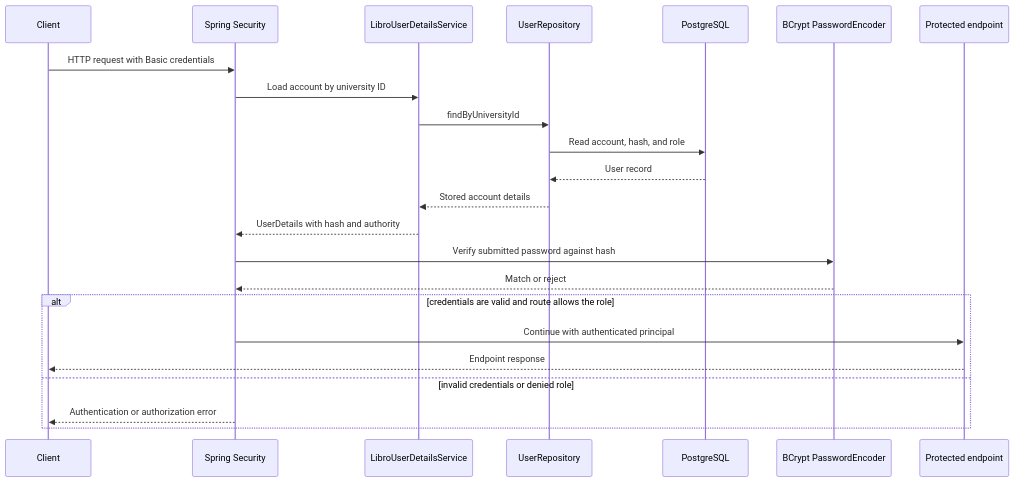
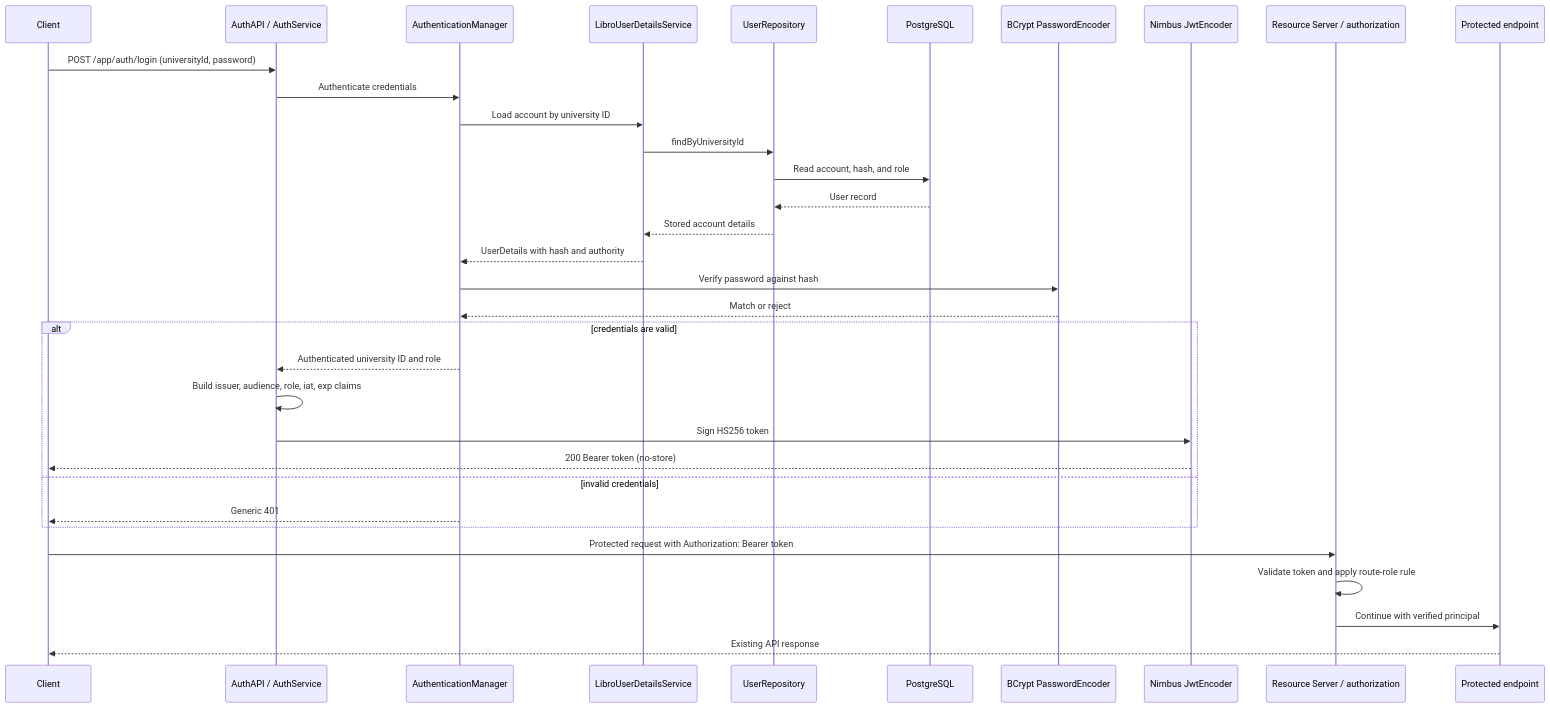
One commit to zqf20096327/dbhub_collect changed the second of 6 diagrams in data/readmes/kyledelfin2006__libro-library-system.md. Above: the diagram before and after it, drawn with Mermaid. The commit also changed other lines of this file and 466 other files, not shown here.

````diff
--- a/data/readmes/kyledelfin2006__libro-library-system.md
+++ b/data/readmes/kyledelfin2006__libro-library-system.md
@@ -140,26 +142,36 @@
 ```mermaid
 sequenceDiagram
     participant Client
-    participant Security as Spring Security
+    participant Auth as AuthAPI / AuthService
+    participant Manager as AuthenticationManager
     participant UserLookup as LibroUserDetailsService
     participant Users as UserRepository
     participant DB as PostgreSQL
-    participant Encoder as BCrypt PasswordEncoder
+    participant PasswordEncoder as BCrypt PasswordEncoder
+    participant JwtEncoder as Nimbus JwtEncoder
+    participant Security as Resource Server / authorization
     participant API as Protected endpoint
 
-    Client->>Security: HTTP request with Basic credentials
-    Security->>UserLookup: Load account by university ID
+    Client->>Auth: POST /app/auth/login (universityId, password)
+    Auth->>Manager: Authenticate credentials
+    Manager->>UserLookup: Load account by university ID
     UserLookup->>Users: findByUniversityId
     Users->>DB: Read account, hash, and role
     DB-->>Users: User record
     Users-->>UserLookup: Stored account details
-    UserLookup-->>Security: UserDetails with hash and authority
-    Security->>Encoder: Verify submitted password against hash
-    Encoder-->>Security: Match or reject
-    alt credentials are valid and route allows the role
-        Security->>API: Continue with authenticated principal
-        API-->>Client: Endpoint response
-    else invalid credentials or denied role
-        Security-->>Client: Authentication or authorization error
+    UserLookup-->>Manager: UserDetails with hash and authority
+    Manager->>PasswordEncoder: Verify password against hash
+    PasswordEncoder-->>Manager: Match or reject
+    alt credentials are valid
+        Manager-->>Auth: Authenticated university ID and role
+        Auth->>Auth: Build issuer, audience, role, iat, exp claims
+        Auth->>JwtEncoder: Sign HS256 token
+        JwtEncoder-->>Client: 200 Bearer token (no-store)
+    else invalid credentials
+        Manager-->>Client: Generic 401
     end
+    Client->>Security: Protected request with Authorization: Bearer token
+    Security->>Security: Validate token and apply route-role rule
+    Security->>API: Continue with verified principal
+    API-->>Client: Existing API response
 ```
````
